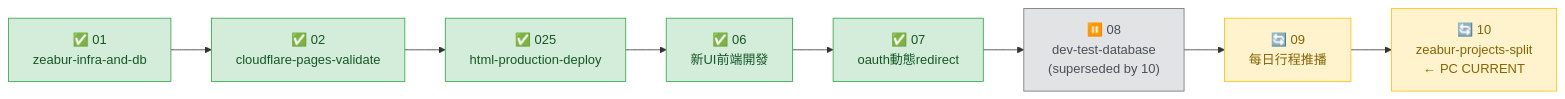
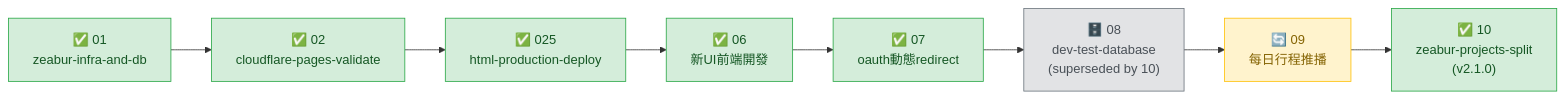
One commit to HSUsomnus/KJ-Champion-System changed the diagram in openspec/STATUS.md. Above: the diagram before and after it, drawn with Mermaid. The commit also changed other lines of this file and 7 other files, not shown here.

````diff
--- a/openspec/STATUS.md
+++ b/openspec/STATUS.md
@@ -10,22 +10,22 @@
 ```mermaid
 graph LR
   01["✅ 01\nzeabur-infra-and-db"]
   02["✅ 02\ncloudflare-pages-validate"]
   025["✅ 025\nhtml-production-deploy"]
   06["✅ 06\n新UI前端開發"]
   07["✅ 07\noauth動態redirect"]
-  08["⏸️ 08\ndev-test-database\n(superseded by 10)"]
+  08["🗄️ 08\ndev-test-database\n(superseded by 10)"]
   09["🔄 09\n每日行程推播"]
-  10["🔄 10\nzeabur-projects-split\n← PC CURRENT"]
+  10["✅ 10\nzeabur-projects-split\n(v2.1.0)"]
 
   01 --> 02 --> 025 --> 06 --> 07 --> 08 --> 09 --> 10
 
   style 01 fill:#d4edda,stroke:#28a745,color:#155724
   style 02 fill:#d4edda,stroke:#28a745,color:#155724
   style 025 fill:#d4edda,stroke:#28a745,color:#155724
   style 06 fill:#d4edda,stroke:#28a745,color:#155724
   style 07 fill:#d4edda,stroke:#28a745,color:#155724
   style 08 fill:#e2e3e5,stroke:#6c757d,color:#495057
   style 09 fill:#fff3cd,stroke:#ffc107,color:#856404
-  style 10 fill:#fff3cd,stroke:#ffc107,color:#856404
+  style 10 fill:#d4edda,stroke:#28a745,color:#155724
 ```
````
